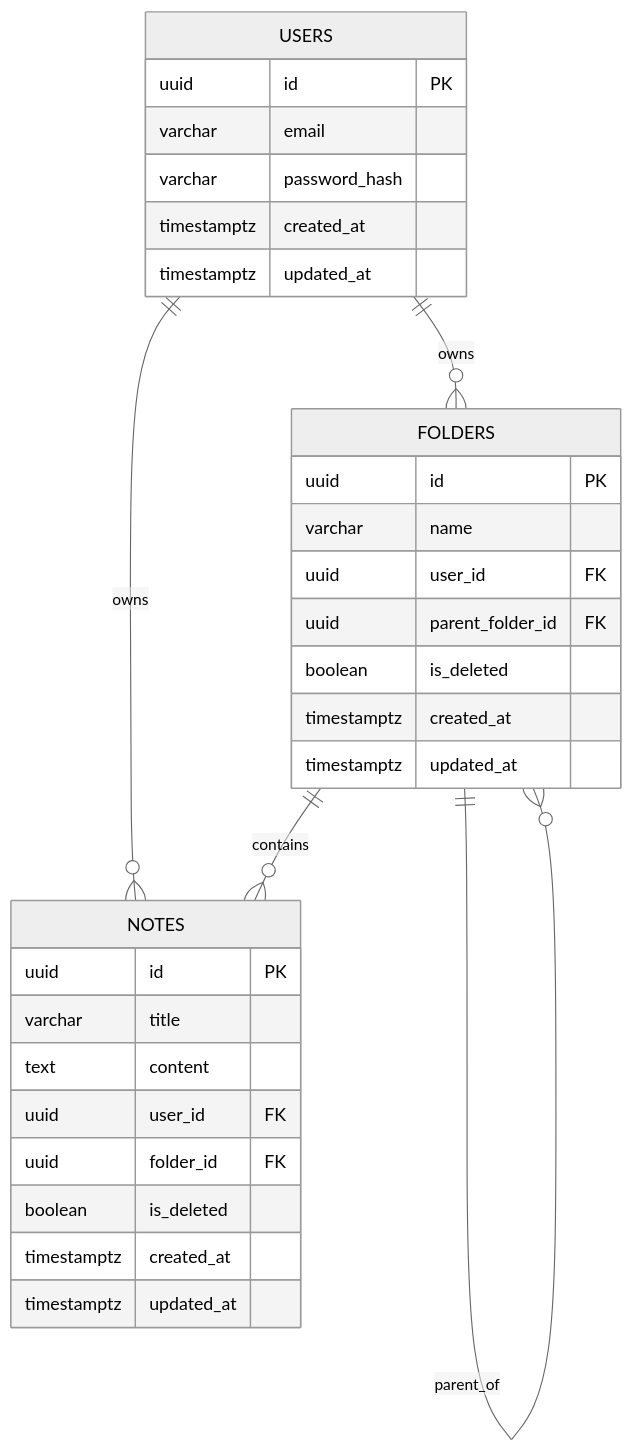
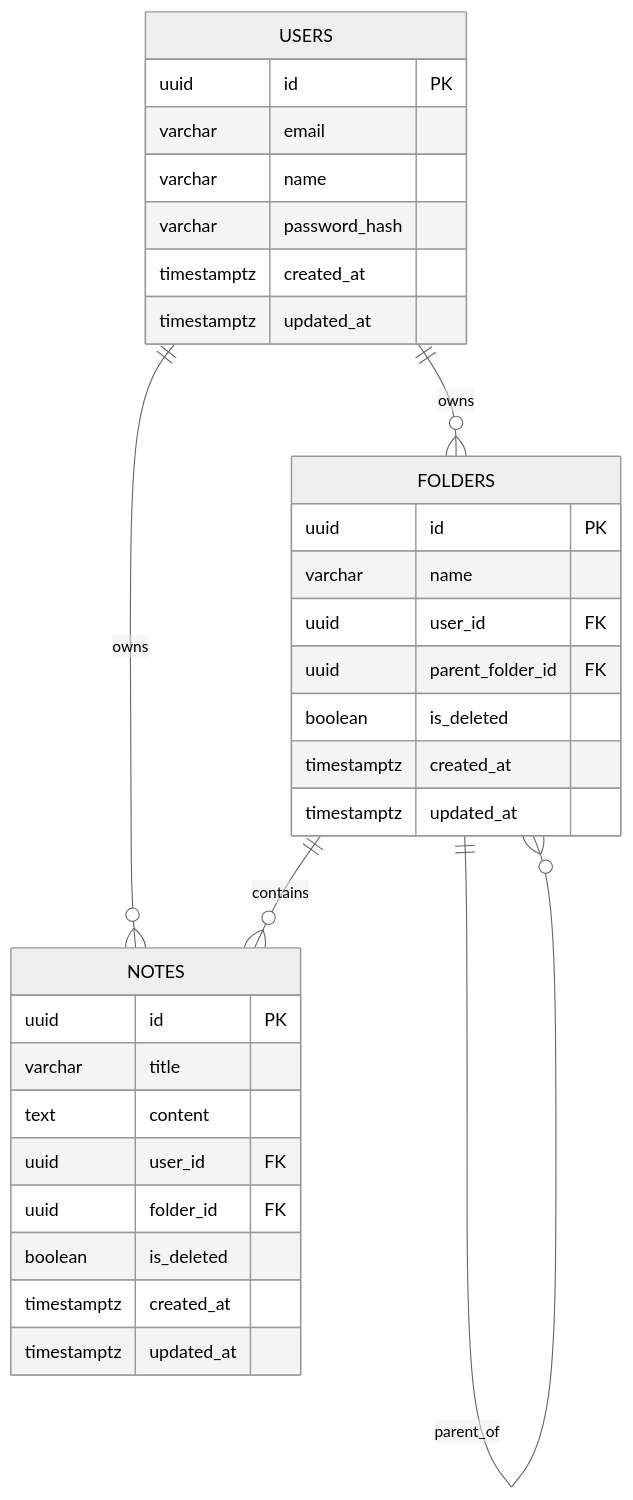
One commit to Asfer-dev/snap-pad changed the second of 2 diagrams in docs/sadd.md. Above: the diagram before and after it, drawn with Mermaid (neutral theme). The commit also changed other lines of this file, not shown here.

Commit message:
docs: updated users table schema in docs

````diff
--- a/docs/sadd.md
+++ b/docs/sadd.md
@@ -48,36 +48,37 @@
 ```mermaid
 erDiagram
   USERS ||--o{ FOLDERS : owns
   USERS ||--o{ NOTES : owns
   FOLDERS ||--o{ NOTES : contains
   FOLDERS ||--o{ FOLDERS : parent_of
 
   USERS {
     uuid id PK
     varchar email
+    varchar name
     varchar password_hash
     timestamptz created_at
     timestamptz updated_at
   }
 
   FOLDERS {
     uuid id PK
     varchar name
     uuid user_id FK
     uuid parent_folder_id FK
     boolean is_deleted
     timestamptz created_at
     timestamptz updated_at
   }
 
   NOTES {
     uuid id PK
     varchar title
     text content
     uuid user_id FK
     uuid folder_id FK
     boolean is_deleted
     timestamptz created_at
     timestamptz updated_at
   }
 ```
````
